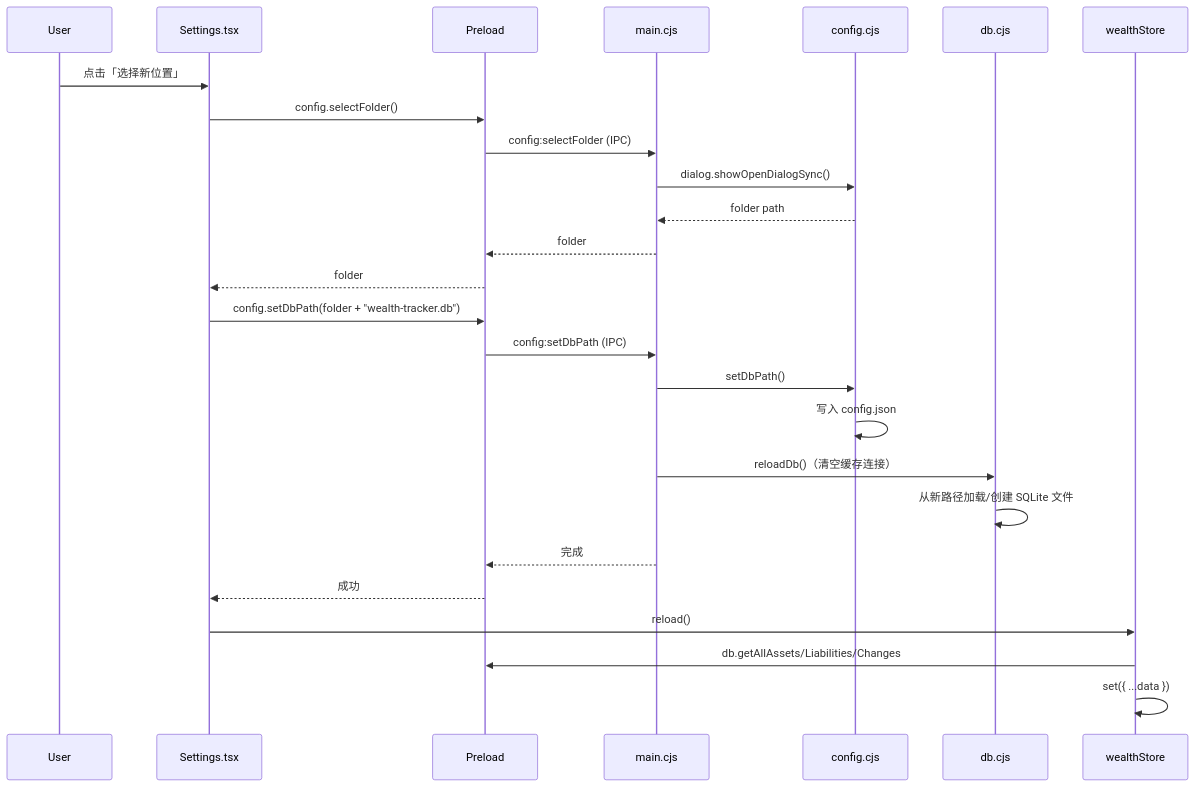
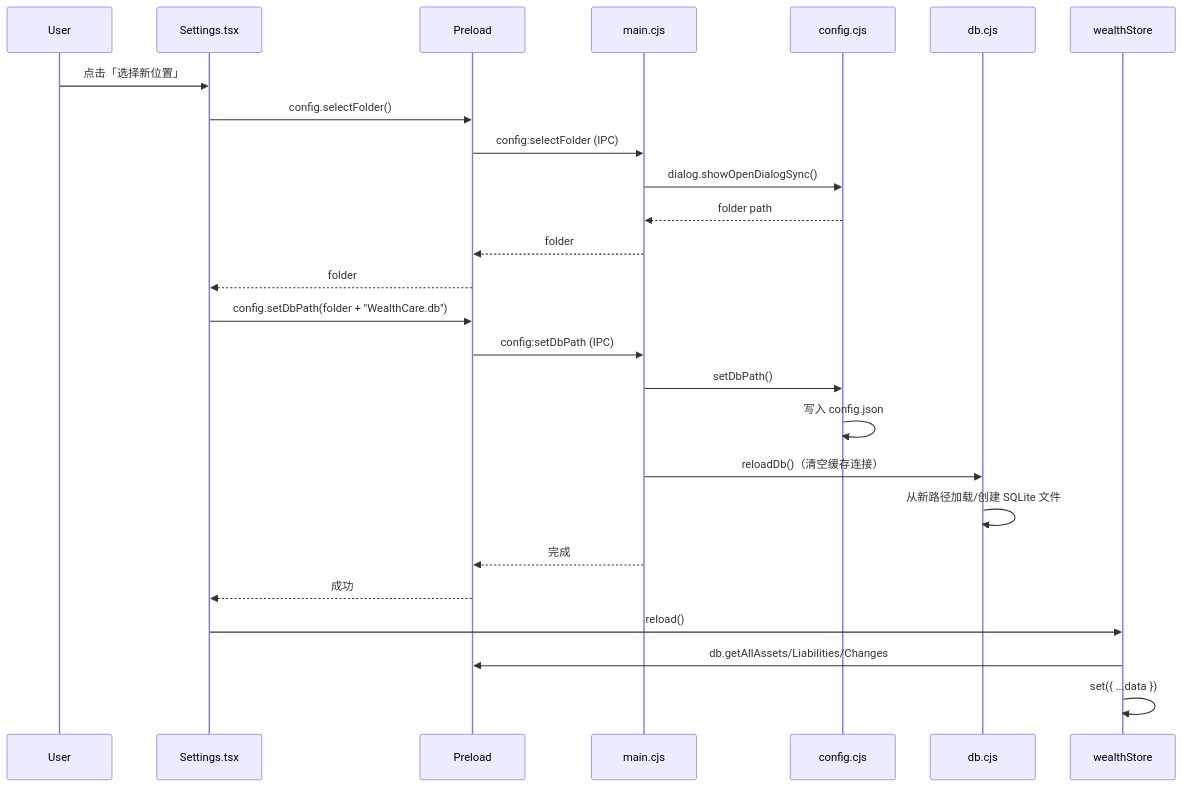
Before and after one commit to huangjf427/myCalculator: the third of 3 diagrams in .trae/documents/tech-architecture.md, drawn with Mermaid. The commit also changed other lines of this file and 15 other files, not shown here.

Commit message:
Change product name to WealthCare with self owned icon for application

````diff
--- a/.trae/documents/tech-architecture.md
+++ b/.trae/documents/tech-architecture.md
@@ -562,29 +562,29 @@
 ```mermaid
 sequenceDiagram
     participant User
     participant Settings as Settings.tsx
     participant Preload
     participant Main as main.cjs
     participant Config as config.cjs
     participant Db as db.cjs
     participant Store as wealthStore
 
     User->>Settings: 点击「选择新位置」
     Settings->>Preload: config.selectFolder()
     Preload->>Main: config:selectFolder (IPC)
     Main->>Config: dialog.showOpenDialogSync()
     Config-->>Main: folder path
     Main-->>Preload: folder
     Preload-->>Settings: folder
-    Settings->>Preload: config.setDbPath(folder + "wealth-tracker.db")
+    Settings->>Preload: config.setDbPath(folder + "WealthCare.db")
     Preload->>Main: config:setDbPath (IPC)
     Main->>Config: setDbPath()
     Config->>Config: 写入 config.json
     Main->>Db: reloadDb()（清空缓存连接）
     Db->>Db: 从新路径加载/创建 SQLite 文件
     Main-->>Preload: 完成
     Preload-->>Settings: 成功
     Settings->>Store: reload()
     Store->>Preload: db.getAllAssets/Liabilities/Changes
     Store->>Store: set({ ...data })
 ```
````
